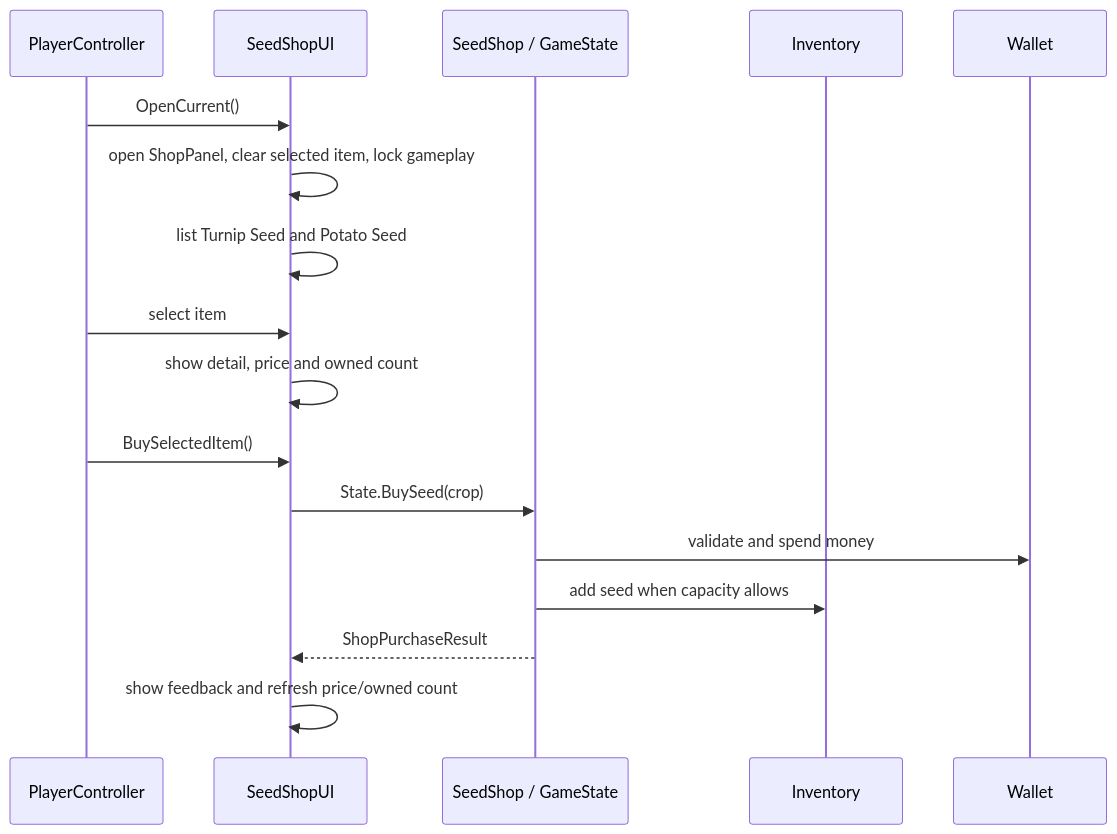
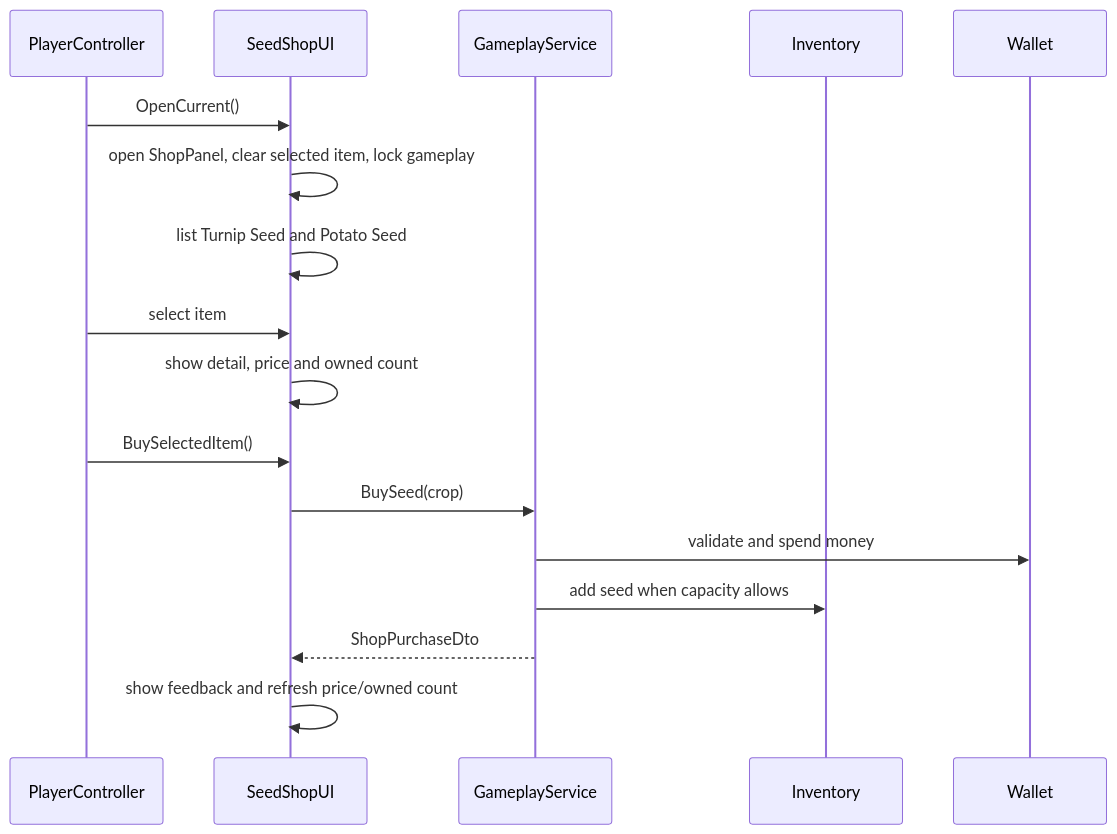
The fourth of 4 diagrams in ARCHITECTURE_FLOW.md (Phan-Phu/Prorotype_03), drawn with Mermaid before and after one commit. The commit also changed other lines of this file and 54 other files, not shown here.

````diff
--- a/ARCHITECTURE_FLOW.md
+++ b/ARCHITECTURE_FLOW.md
@@ -223,20 +219,20 @@
 ```mermaid
 sequenceDiagram
     participant P as PlayerController
     participant V as SeedShopUI
-    participant D as SeedShop / GameState
+    participant D as GameplayService
     participant I as Inventory
     participant W as Wallet
 
     P->>V: OpenCurrent()
     V->>V: open ShopPanel, clear selected item, lock gameplay
     V->>V: list Turnip Seed and Potato Seed
     P->>V: select item
     V->>V: show detail, price and owned count
     P->>V: BuySelectedItem()
-    V->>D: State.BuySeed(crop)
+    V->>D: BuySeed(crop)
     D->>W: validate and spend money
     D->>I: add seed when capacity allows
-    D-->>V: ShopPurchaseResult
+    D-->>V: ShopPurchaseDto
     V->>V: show feedback and refresh price/owned count
 ```
````
